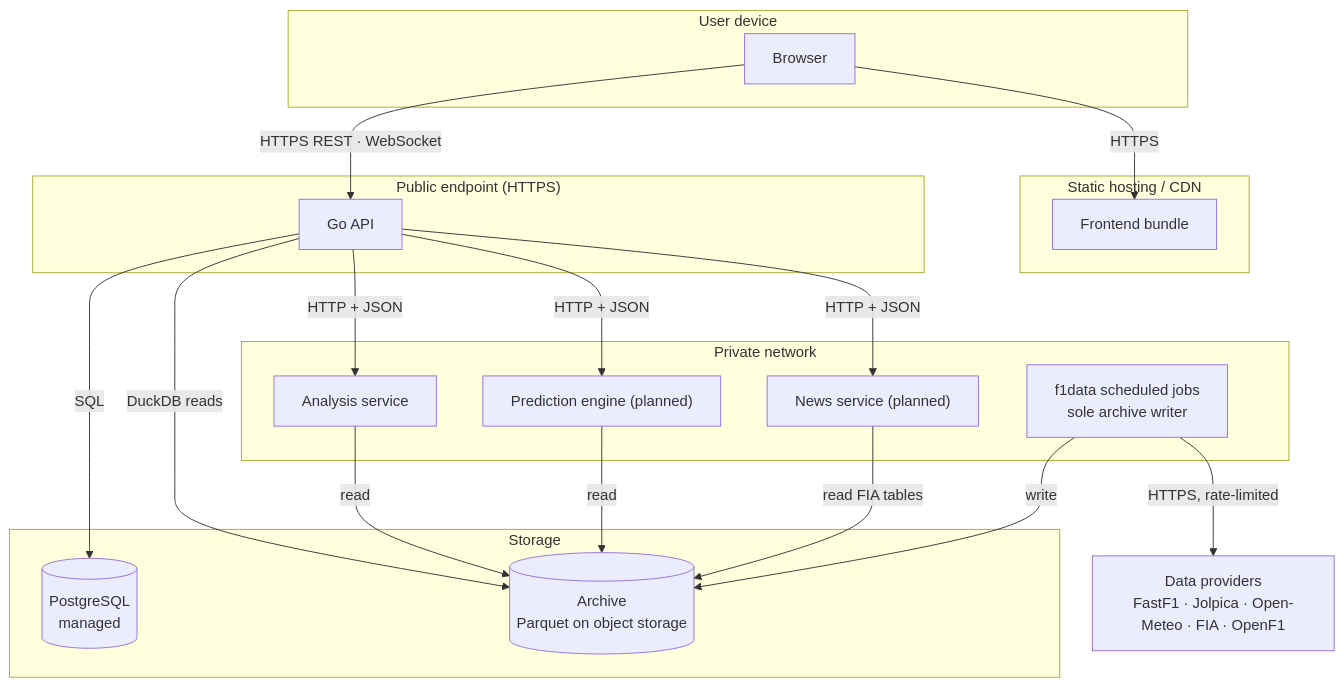
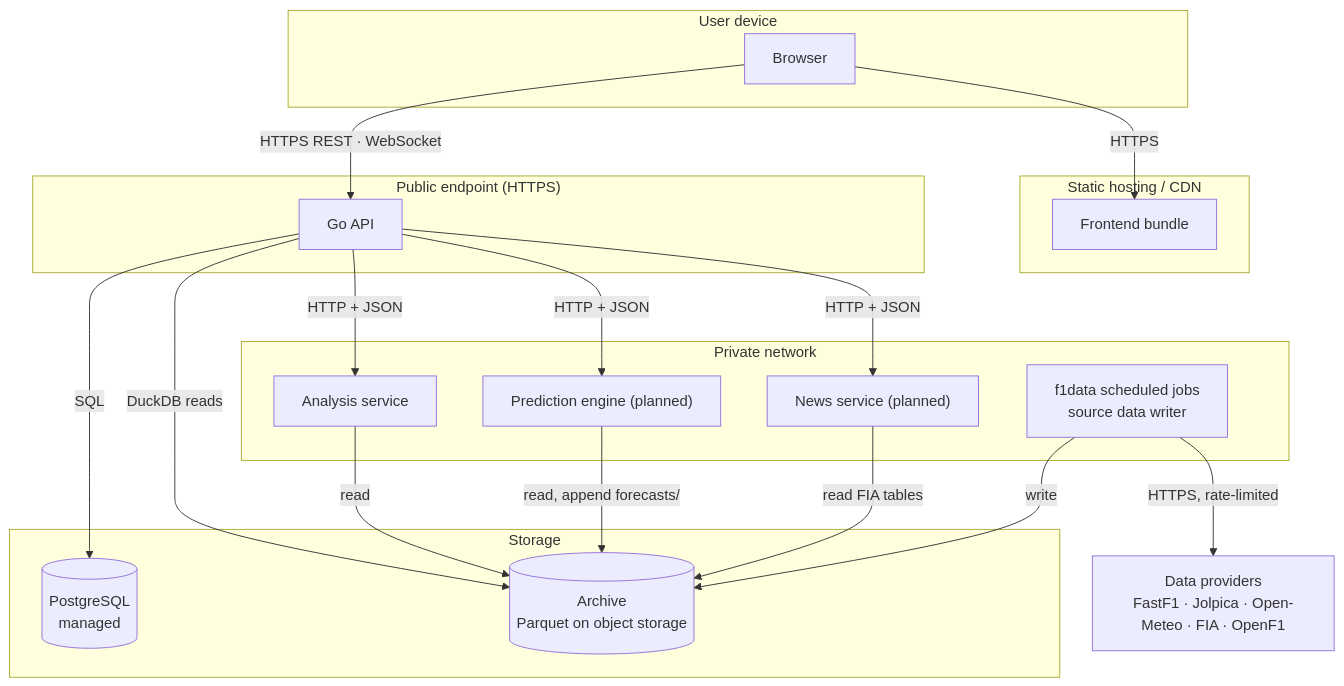
One commit to adityapandeydev/F1Stratagem changed the third of 11 diagrams in Architecture.md. Above: the diagram before and after it, drawn with Mermaid. The commit also changed other lines of this file and 3 other files, not shown here.

First line of the commit message:
docs: one writer per archive dataset; the prediction engine owns the forecast ledger

````diff
--- a/Architecture.md
+++ b/Architecture.md
@@ -154,41 +155,41 @@
 ```mermaid
 flowchart TB
     subgraph client["User device"]
         browser["Browser"]
     end
 
     subgraph edge["Static hosting / CDN"]
         spa["Frontend bundle"]
     end
 
     subgraph public["Public endpoint (HTTPS)"]
         api["Go API"]
     end
 
     subgraph private["Private network"]
         analysis["Analysis service"]
         predictor["Prediction engine (planned)"]
         news["News service (planned)"]
-        jobs["f1data scheduled jobs<br/>sole archive writer"]
+        jobs["f1data scheduled jobs<br/>source data writer"]
     end
 
     subgraph storage["Storage"]
         pg[("PostgreSQL<br/>managed")]
         archive[("Archive<br/>Parquet on object storage")]
     end
 
     providers["Data providers<br/>FastF1 · Jolpica · Open-Meteo · FIA · OpenF1"]
 
     browser -->|"HTTPS"| spa
     browser -->|"HTTPS REST · WebSocket"| api
     api -->|"HTTP + JSON"| analysis
     api -->|"HTTP + JSON"| predictor
     api -->|"HTTP + JSON"| news
     api -->|"SQL"| pg
     api -->|"DuckDB reads"| archive
     analysis -->|"read"| archive
-    predictor -->|"read"| archive
+    predictor -->|"read, append forecasts/"| archive
     news -->|"read FIA tables"| archive
     jobs -->|"write"| archive
     jobs -->|"HTTPS, rate-limited"| providers
 ```
````
